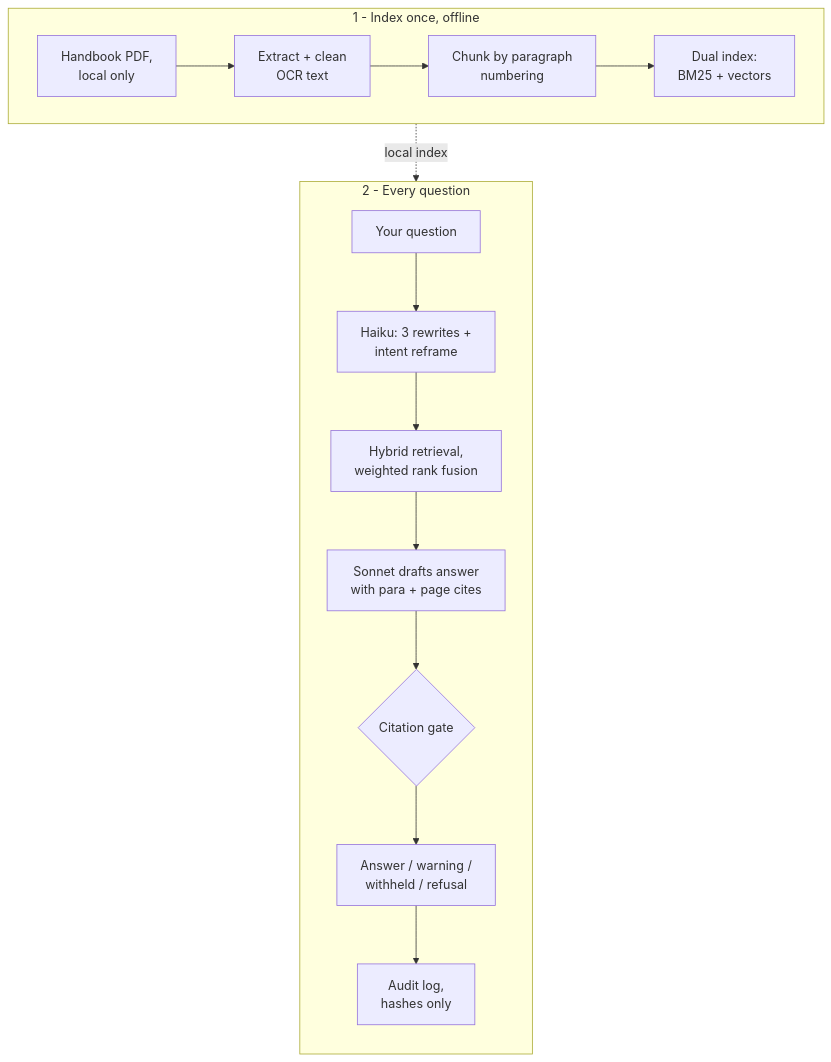
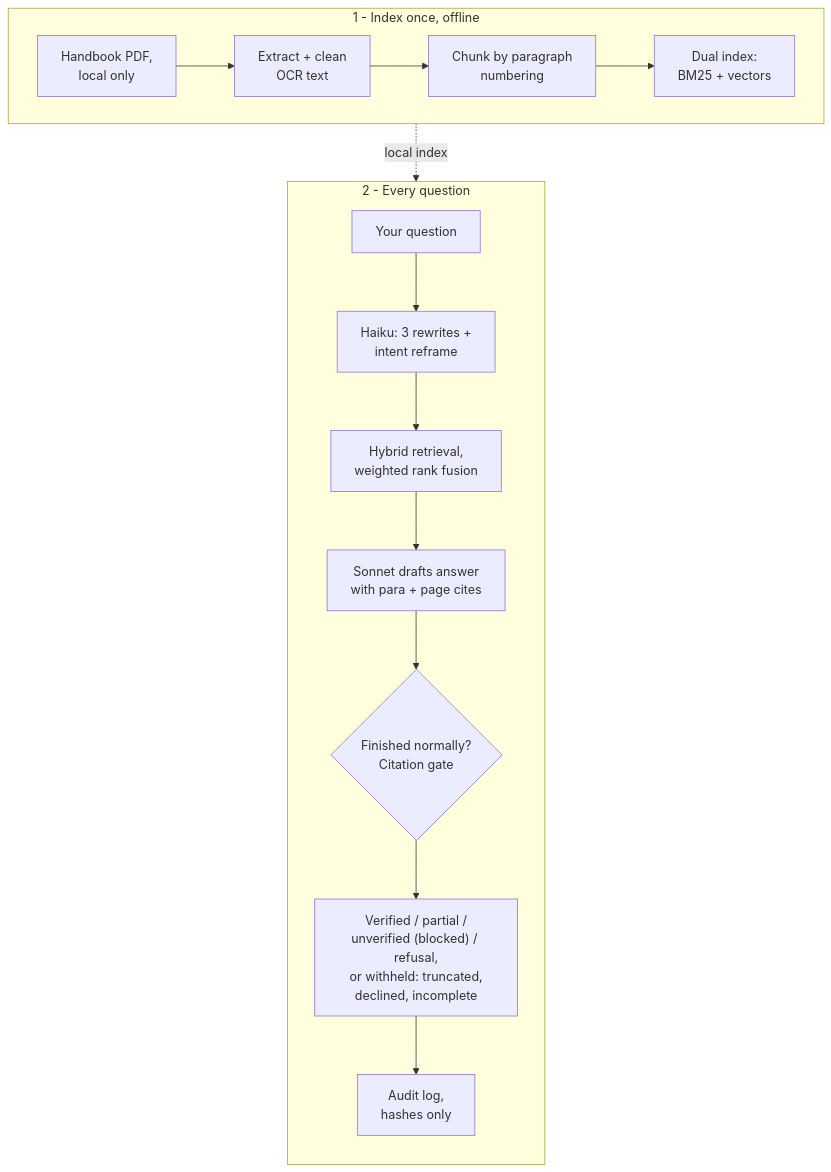
One commit to Ahsan-ire/rag-pipeline-v1 changed the diagram in docs/diagrams/pipeline-steps.mmd. Above: the diagram before and after it, drawn with Mermaid. The commit also changed 10 other files, not shown here.

First line of the commit message:
docs(H4): honest wording — full outcome set, locator-check claim, re-rendered diagrams

```diff
--- a/docs/diagrams/pipeline-steps.mmd
+++ b/docs/diagrams/pipeline-steps.mmd
@@ -1,17 +1,17 @@
 flowchart TB
     subgraph index["1 - Index once, offline"]
         direction LR
         PDF["Handbook PDF,<br/>local only"] --> ING["Extract + clean<br/>OCR text"]
         ING --> CHUNK["Chunk by paragraph<br/>numbering"]
         CHUNK --> IDX["Dual index:<br/>BM25 + vectors"]
     end
     subgraph query["2 - Every question"]
         direction TB
         UQ["Your question"] --> RW["Haiku: 3 rewrites +<br/>intent reframe"]
         RW --> HR["Hybrid retrieval,<br/>weighted rank fusion"]
         HR --> GEN["Sonnet drafts answer<br/>with para + page cites"]
-        GEN --> GATE{"Citation gate"}
-        GATE --> OUT["Answer / warning /<br/>withheld / refusal"]
+        GEN --> GATE{"Finished normally?<br/>Citation gate"}
+        GATE --> OUT["Verified / partial /<br/>unverified (blocked) / refusal,<br/>or withheld: truncated,<br/>declined, incomplete"]
         OUT --> LOG["Audit log,<br/>hashes only"]
     end
     IDX -.->|local index| HR
```
